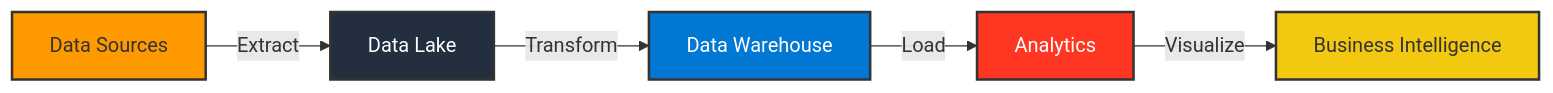
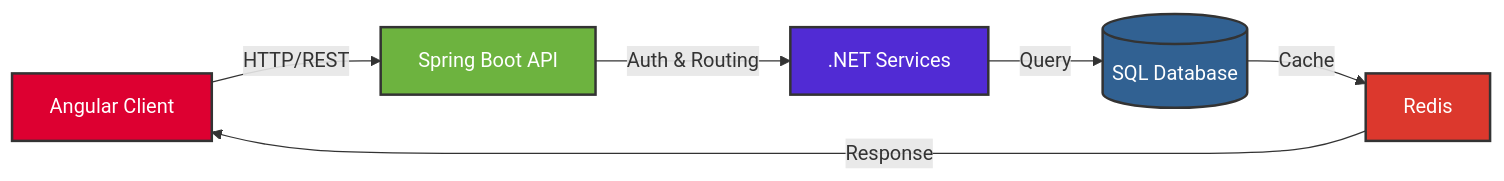
Before and after one commit to DurgeshS-25/DurgeshS-25: the diagram in README.md, drawn with Mermaid. The commit also changed other lines of this file and 17 other files, not shown here.

````diff
--- a/README.md
+++ b/README.md
@@ -91,13 +99,14 @@
 ```mermaid
 graph LR
-    A[Data Sources] -->|Extract| B[Data Lake]
-    B -->|Transform| C[Data Warehouse]
-    C -->|Load| D[Analytics]
-    D -->|Visualize| E[Business Intelligence]
+    A[Angular Client] -->|HTTP/REST| B[Spring Boot API]
+    B -->|Auth & Routing| C[.NET Services]
+    C -->|Query| D[(SQL Database)]
+    D -->|Cache| E[Redis]
+    E -->|Response| A
     
-    style A fill:#ff9900,stroke:#333,stroke-width:2px
-    style B fill:#232F3E,stroke:#333,stroke-width:2px,color:#fff
-    style C fill:#0078D4,stroke:#333,stroke-width:2px,color:#fff
-    style D fill:#FF3621,stroke:#333,stroke-width:2px,color:#fff
-    style E fill:#F2C811,stroke:#333,stroke-width:2px
+    style A fill:#DD0031,stroke:#333,stroke-width:2px,color:#fff
+    style B fill:#6DB33F,stroke:#333,stroke-width:2px,color:#fff
+    style C fill:#512BD4,stroke:#333,stroke-width:2px,color:#fff
+    style D fill:#316192,stroke:#333,stroke-width:2px,color:#fff
+    style E fill:#DC382D,stroke:#333,stroke-width:2px,color:#fff
 ```
````
